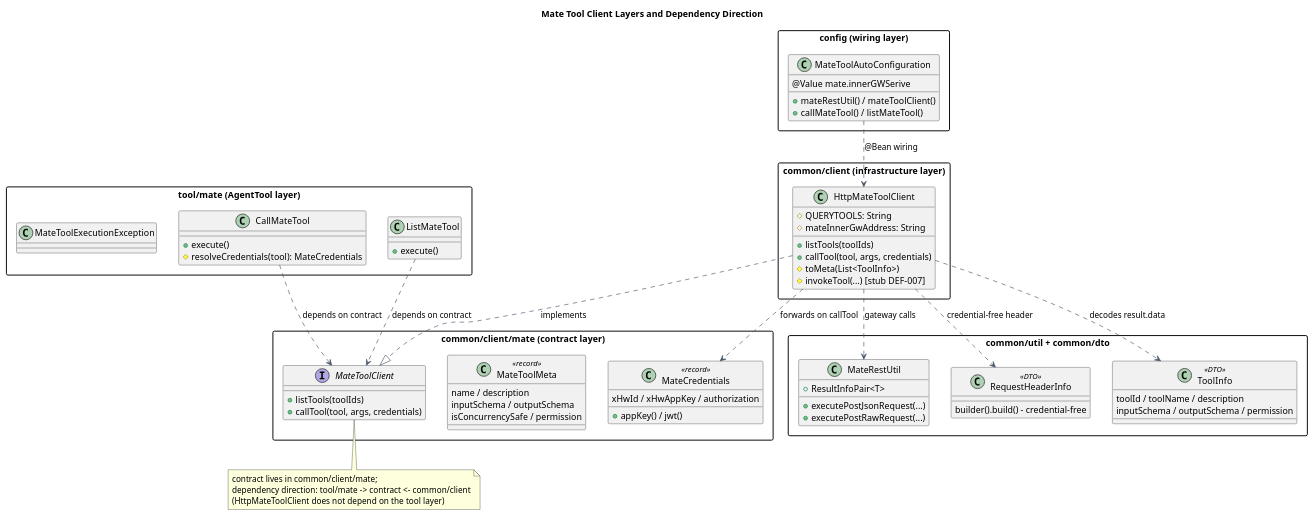
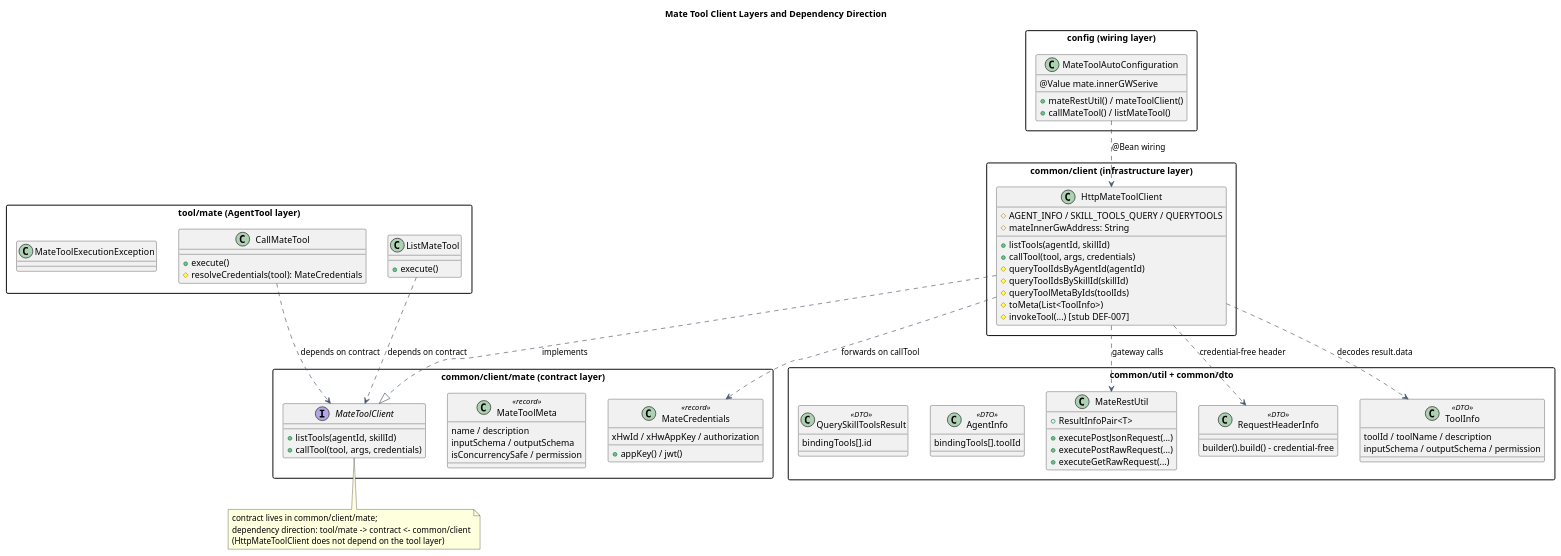
Before and after one commit to 2862282695gjh-afk/pi-mono-java: the first of 2 diagrams in docs/designs/mate-tool-client/diagram.puml, drawn with PlantUML. The commit also changed other lines of this file and 3 other files, not shown here.

First line of the commit message:
docs(mate-tool): 设计文档与图同步两步查询实现

```diff
--- a/docs/designs/mate-tool-client/diagram.puml
+++ b/docs/designs/mate-tool-client/diagram.puml
@@ -1,105 +1,119 @@
 @startuml mate_tool_client_layers
 ' Source evidence:
 ' - modules/coding-agent-cli/src/main/java/com/campusclaw/codingagent/tool/mate/:
 '   CallMateTool (resolveCredentials hook, MateToolExecutionException),
-'   ListMateTool (toolIdsOf)
+'   ListMateTool (agent/skill passthrough)
 ' - modules/coding-agent-cli/src/main/java/com/campusclaw/codingagent/common/client/mate/:
 '   MateToolClient (listTools/callTool contract), MateToolMeta, MateCredentials
 ' - modules/coding-agent-cli/src/main/java/com/campusclaw/codingagent/common/client/:
-'   HttpMateToolClient (QUERYTOOLS wiring, invokeTool stub DEF-007)
+'   HttpMateToolClient (two-step listTools wiring, invokeTool stub DEF-007)
 ' - modules/coding-agent-cli/src/main/java/com/campusclaw/codingagent/common/util/:
-'   MateRestUtil (executePostJsonRequest / executePostRawRequest, ResultInfoPair)
+'   MateRestUtil (executePostJsonRequest / executePostRawRequest /
+'   executeGetRawRequest, ResultInfoPair)
 ' - modules/coding-agent-cli/src/main/java/com/campusclaw/codingagent/common/dto/:
-'   RequestHeaderInfo (credential-free builder), ToolInfo (QUERYTOOLS result.data)
+'   RequestHeaderInfo (credential-free builder), ToolInfo (QUERYTOOLS result.data),
+'   AgentInfo (bindingTools[].toolId), QuerySkillToolsResult/SkillBindingTool
+'   (bindingTools[].id)
 ' - modules/coding-agent-cli/src/main/java/com/campusclaw/codingagent/config/:
 '   MateToolAutoConfiguration (@Value mate.innerGWSerive), MateToolProperties
 ' Source baseline: superheromeZzh/pi-mono-java main + this PR head
 ' Observed behavior: both AgentTools are stateless Spring singletons; listTools
-' calls QUERYTOOLS credential-free, callTool forwards agent-handed-down
+' resolves bound tool IDs from agent/skill metadata (GET) then calls
+' QUERYTOOLS credential-free; callTool forwards agent-handed-down
 ' credentials; the invoke RPC is still a DEF-007 stub.
 ' Design reason: process-wide singleton lifetime forbids per-session state on
 ' instances; permission (allow/ask/deny) enforcement stays on the Mate server.
 
 skinparam backgroundColor white
 skinparam shadowing false
 skinparam packageStyle rectangle
 skinparam ArrowColor #475569
 
 title Mate Tool Client Layers and Dependency Direction
 
 package "tool/mate (AgentTool layer)" {
   class CallMateTool {
     + execute()
     # resolveCredentials(tool): MateCredentials
   }
   class ListMateTool {
     + execute()
   }
   class MateToolExecutionException
 }
 
 package "common/client (infrastructure layer)" {
   class HttpMateToolClient {
-    # QUERYTOOLS: String
+    # AGENT_INFO / SKILL_TOOLS_QUERY / QUERYTOOLS
     # mateInnerGwAddress: String
-    + listTools(toolIds)
+    + listTools(agentId, skillId)
     + callTool(tool, args, credentials)
+    # queryToolIdsByAgentId(agentId)
+    # queryToolIdsBySkillId(skillId)
+    # queryToolMetaByIds(toolIds)
     # toMeta(List<ToolInfo>)
     # invokeTool(...) [stub DEF-007]
   }
 }
 
 package "common/client/mate (contract layer)" {
   interface MateToolClient {
-    + listTools(toolIds)
+    + listTools(agentId, skillId)
     + callTool(tool, args, credentials)
   }
   class MateToolMeta <<record>> {
     name / description
     inputSchema / outputSchema
     isConcurrencySafe / permission
   }
   class MateCredentials <<record>> {
     xHwId / xHwAppKey / authorization
     + appKey() / jwt()
   }
 }
 
 package "common/util + common/dto" {
   class MateRestUtil {
     + executePostJsonRequest(...)
     + executePostRawRequest(...)
+    + executeGetRawRequest(...)
     + ResultInfoPair<T>
   }
   class RequestHeaderInfo <<DTO>> {
     builder().build() - credential-free
   }
   class ToolInfo <<DTO>> {
     toolId / toolName / description
     inputSchema / outputSchema / permission
+  }
+  class AgentInfo <<DTO>> {
+    bindingTools[].toolId
+  }
+  class QuerySkillToolsResult <<DTO>> {
+    bindingTools[].id
   }
 }
 
 package "config (wiring layer)" {
   class MateToolAutoConfiguration {
     @Value mate.innerGWSerive
     + mateRestUtil() / mateToolClient()
     + callMateTool() / listMateTool()
   }
 }
 
 CallMateTool ..> MateToolClient : depends on contract
 ListMateTool ..> MateToolClient : depends on contract
 HttpMateToolClient ..|> MateToolClient : implements
 HttpMateToolClient ..> MateRestUtil : gateway calls
 HttpMateToolClient ..> RequestHeaderInfo : credential-free header
 HttpMateToolClient ..> ToolInfo : decodes result.data
 HttpMateToolClient ..> MateCredentials : forwards on callTool
 MateToolAutoConfiguration ..> HttpMateToolClient : @Bean wiring
 
 note bottom of MateToolClient
   contract lives in common/client/mate;
   dependency direction: tool/mate -> contract <- common/client
   (HttpMateToolClient does not depend on the tool layer)
 end note
 @enduml
```
